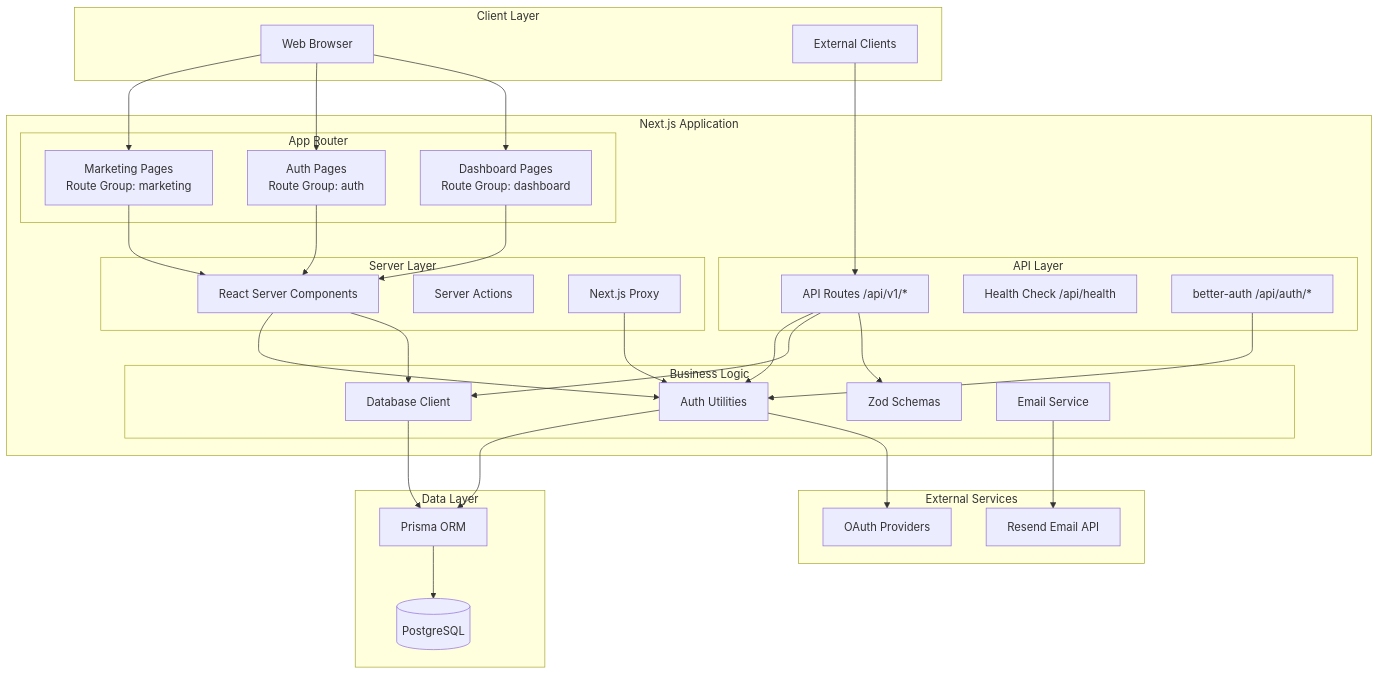
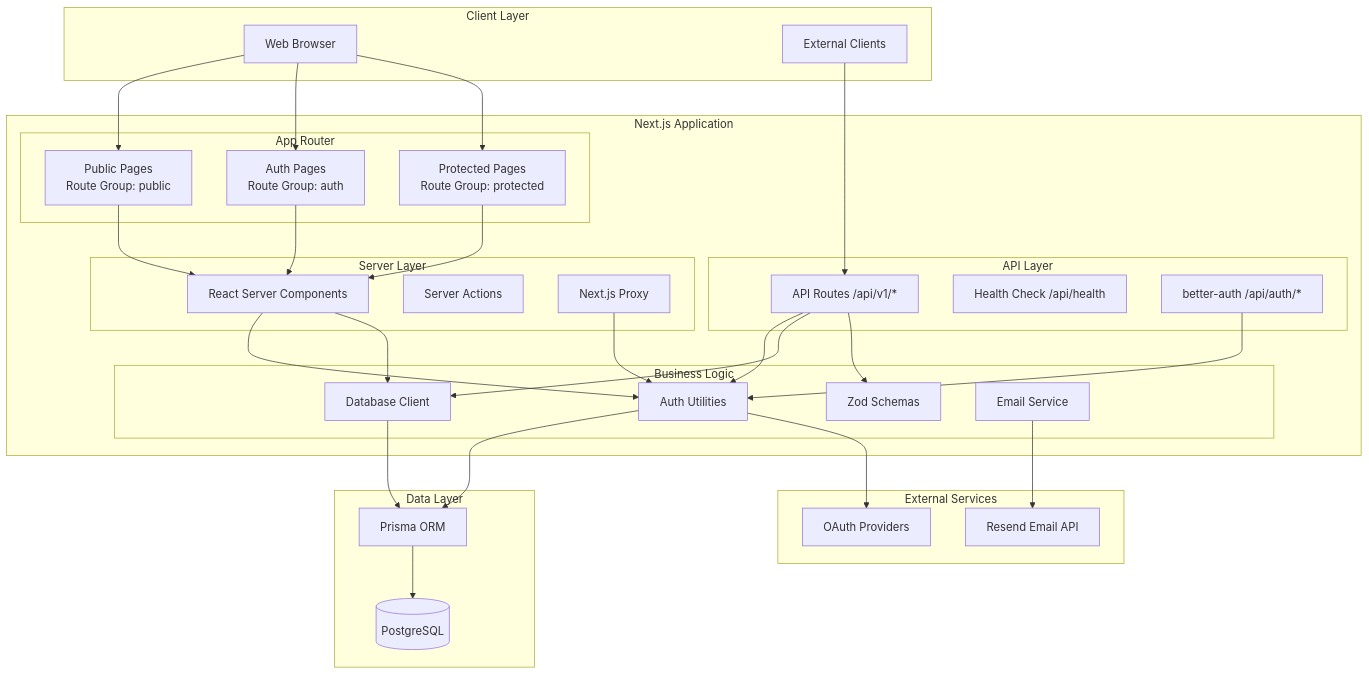
The first of 4 diagrams in .context/architecture/overview.md (human-centric-engineering/sunrise), drawn with Mermaid before and after one commit. The commit also changed other lines of this file and 2 other files, not shown here.

First line of the commit message:
docs: fix architecture documentation drift from codebase audit

````diff
--- a/.context/architecture/overview.md
+++ b/.context/architecture/overview.md
@@ -9,69 +9,69 @@
 ```mermaid
 graph TB
     subgraph "Client Layer"
         Browser[Web Browser]
         External[External Clients]
     end
 
     subgraph "Next.js Application"
         subgraph "App Router"
-            Marketing[Marketing Pages<br/>Route Group: marketing]
+            Marketing[Public Pages<br/>Route Group: public]
             Auth[Auth Pages<br/>Route Group: auth]
-            Dashboard[Dashboard Pages<br/>Route Group: dashboard]
+            Dashboard[Protected Pages<br/>Route Group: protected]
         end
 
         subgraph "API Layer"
             API[API Routes /api/v1/*]
             Health[Health Check /api/health]
             AuthAPI[better-auth /api/auth/*]
         end
 
         subgraph "Server Layer"
             ServerComponents[React Server Components]
             ServerActions[Server Actions]
             Proxy[Next.js Proxy]
         end
 
         subgraph "Business Logic"
             AuthLib[Auth Utilities]
             DBLib[Database Client]
             Validation[Zod Schemas]
             Email[Email Service]
         end
     end
 
     subgraph "Data Layer"
         Prisma[Prisma ORM]
         PostgreSQL[(PostgreSQL)]
     end
 
     subgraph "External Services"
         Resend[Resend Email API]
         OAuth[OAuth Providers]
     end
 
     Browser --> Marketing
     Browser --> Auth
     Browser --> Dashboard
     External --> API
 
     Marketing --> ServerComponents
     Auth --> ServerComponents
     Dashboard --> ServerComponents
 
     ServerComponents --> AuthLib
     ServerComponents --> DBLib
     API --> AuthLib
     API --> DBLib
     API --> Validation
 
     AuthAPI --> AuthLib
     Proxy --> AuthLib
 
     AuthLib --> Prisma
     DBLib --> Prisma
     Email --> Resend
     AuthLib --> OAuth
 
     Prisma --> PostgreSQL
 ```
````
